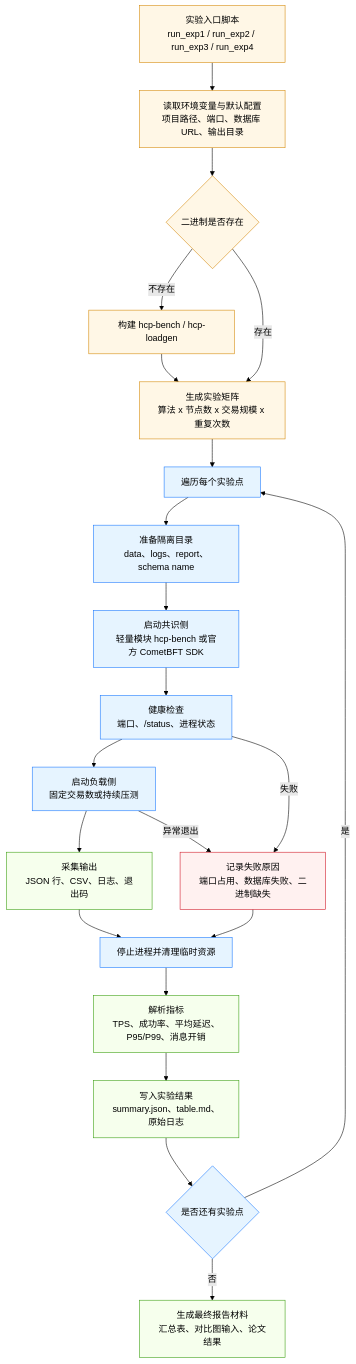
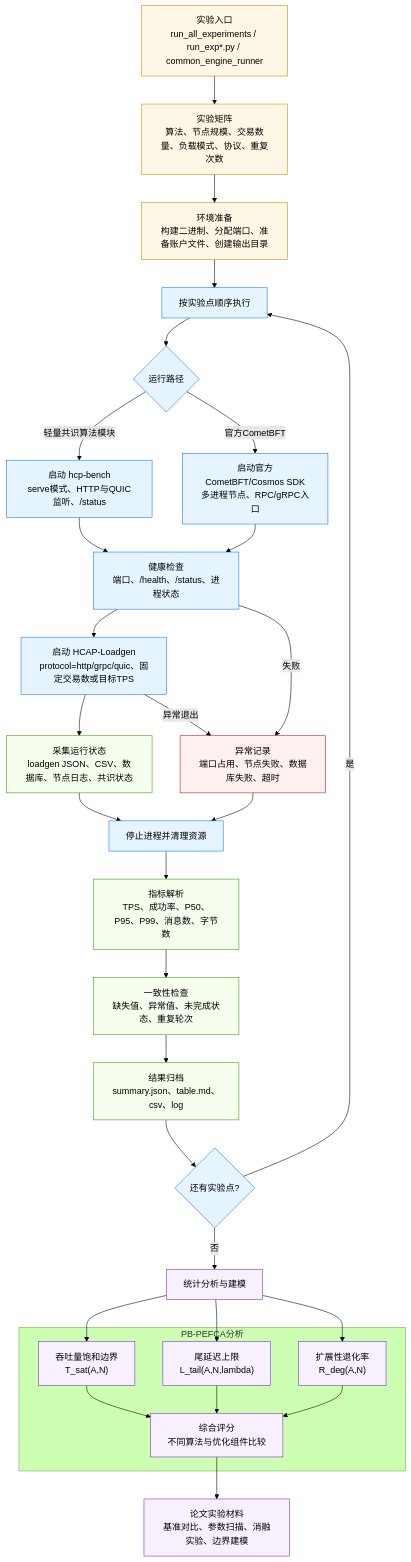
The sixth of 10 diagrams in chapter4-mermaid/README.md (fffeng99999/hcp), drawn with Mermaid (forest theme) before and after one commit. The commit also changed other lines of this file, not shown here.

````diff
--- a/chapter4-mermaid/README.md
+++ b/chapter4-mermaid/README.md
@@ -325,34 +341,52 @@
 ```mermaid
 flowchart TB
-  Entry["实验入口脚本<br/>run_exp1 / run_exp2 / run_exp3 / run_exp4"] --> Env["读取环境变量与默认配置<br/>项目路径、端口、数据库 URL、输出目录"]
-  Env --> Build{"二进制是否存在"}
-  Build -- "不存在" --> Compile["构建 hcp-bench / hcp-loadgen"]
-  Build -- "存在" --> Matrix
-  Compile --> Matrix["生成实验矩阵<br/>算法 x 节点数 x 交易规模 x 重复次数"]
+  Entry["实验入口<br/>run_all_experiments / run_exp*.py / common_engine_runner"] --> Matrix["实验矩阵<br/>算法、节点规模、交易数量、负载模式、协议、重复次数"]
+  Matrix --> Prepare["环境准备<br/>构建二进制、分配端口、准备账户文件、创建输出目录"]
+  Prepare --> Loop["按实验点顺序执行"]
 
-  Matrix --> Loop["遍历每个实验点"]
-  Loop --> Clean["准备隔离目录<br/>data、logs、report、schema name"]
-  Clean --> StartConsensus["启动共识侧<br/>轻量模块 hcp-bench 或官方 CometBFT SDK"]
-  StartConsensus --> Health["健康检查<br/>端口、/status、进程状态"]
-  Health --> RunLoad["启动负载侧<br/>固定交易数或持续压测"]
-  RunLoad --> Collect["采集输出<br/>JSON 行、CSV、日志、退出码"]
-  Collect --> Stop["停止进程并清理临时资源"]
-  Stop --> Parse["解析指标<br/>TPS、成功率、平均延迟、P95/P99、消息开销"]
-  Parse --> Persist["写入实验结果<br/>summary.json、table.md、原始日志"]
-  Persist --> Next{"是否还有实验点"}
-  Next -- "是" --> Loop
-  Next -- "否" --> Report["生成最终报告材料<br/>汇总表、对比图输入、论文结果"]
+  Loop --> Path{"运行路径"}
+  Path -- "轻量共识算法模块" --> StartBench["启动 hcp-bench<br/>serve模式、HTTP与QUIC监听、/status"]
+  Path -- "官方CometBFT" --> StartComet["启动官方CometBFT/Cosmos SDK<br/>多进程节点、RPC/gRPC入口"]
 
-  Health -- "失败" --> Fail["记录失败原因<br/>端口占用、数据库失败、二进制缺失"]
-  RunLoad -- "异常退出" --> Fail
+  StartBench --> Health["健康检查<br/>端口、/health、/status、进程状态"]
+  StartComet --> Health
+  Health --> Load["启动 HCAP-Loadgen<br/>protocol=http/grpc/quic、固定交易数或目标TPS"]
+  Load --> Collect["采集运行状态<br/>loadgen JSON、CSV、数据库、节点日志、共识状态"]
+  Collect --> Stop["停止进程并清理资源"]
+  Stop --> Parse["指标解析<br/>TPS、成功率、P50、P95、P99、消息数、字节数"]
+  Parse --> Check["一致性检查<br/>缺失值、异常值、未完成状态、重复轮次"]
+  Check --> Persist["结果归档<br/>summary.json、table.md、csv、log"]
+  Persist --> More{"还有实验点?"}
+  More -- "是" --> Loop
+  More -- "否" --> Analyze["统计分析与建模"]
+
+  subgraph PEFCA["PB-PEFCA分析"]
+    A1["吞吐量饱和边界<br/>T_sat(A,N)"]
+    A2["尾延迟上限<br/>L_tail(A,N,lambda)"]
+    A3["扩展性退化率<br/>R_deg(A,N)"]
+    A4["综合评分<br/>不同算法与优化组件比较"]
+  end
+
+  Analyze --> A1
+  Analyze --> A2
+  Analyze --> A3
+  A1 --> A4
+  A2 --> A4
+  A3 --> A4
+  A4 --> Paper["论文实验材料<br/>基准对比、参数扫描、消融实验、边界建模"]
+
+  Health -- "失败" --> Fail["异常记录<br/>端口占用、节点失败、数据库失败、超时"]
+  Load -- "异常退出" --> Fail
   Fail --> Stop
 
   classDef init fill:#fff7e6,stroke:#d48806;
   classDef run fill:#e6f4ff,stroke:#1677ff;
   classDef data fill:#f6ffed,stroke:#389e0d;
+  classDef model fill:#f9f0ff,stroke:#722ed1;
   classDef fail fill:#fff1f0,stroke:#cf1322;
-  class Entry,Env,Build,Compile,Matrix init;
-  class Loop,Clean,StartConsensus,Health,RunLoad,Stop,Next run;
-  class Collect,Parse,Persist,Report data;
+  class Entry,Matrix,Prepare init;
+  class Loop,Path,StartBench,StartComet,Health,Load,Stop,More run;
+  class Collect,Parse,Check,Persist data;
+  class Analyze,A1,A2,A3,A4,Paper model;
   class Fail fail;
 ```
````
